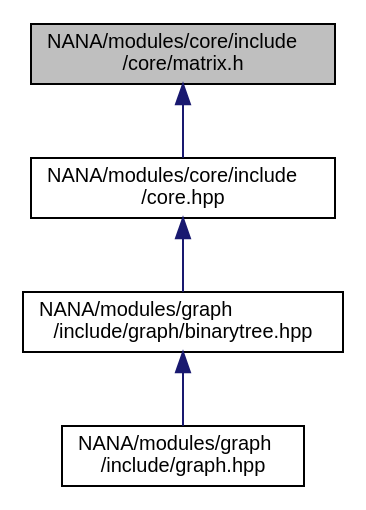
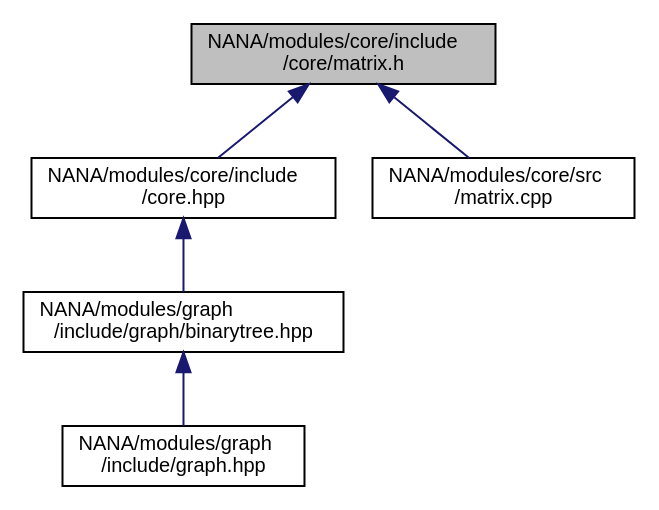
Before and after one commit to YuruTu/NANA: the diagram in docs/matrix_8h__dep__incl.dot, drawn with Graphviz. The commit also changed 130 other files, not shown here.

```diff
--- a/docs/matrix_8h__dep__incl.dot
+++ b/docs/matrix_8h__dep__incl.dot
@@ -1,13 +1,15 @@
 digraph "NANA/modules/core/include/core/matrix.h"
 {
  // LATEX_PDF_SIZE
   edge [fontname="Helvetica",fontsize="10",labelfontname="Helvetica",labelfontsize="10"];
   node [fontname="Helvetica",fontsize="10",shape=record];
   Node1 [label="NANA/modules/core/include\l/core/matrix.h",height=0.2,width=0.4,color="black", fillcolor="grey75", style="filled", fontcolor="black",tooltip="简单矩阵类(效率不高，但易于理解，很多时候会触发复制构造函数)，不同于Mat"];
   Node1 -> Node2 [dir="back",color="midnightblue",fontsize="10",style="solid",fontname="Helvetica"];
   Node2 [label="NANA/modules/core/include\l/core.hpp",height=0.2,width=0.4,color="black", fillcolor="white", style="filled",URL="$core_8hpp.html",tooltip="包含基本的数据结构等"];
   Node2 -> Node3 [dir="back",color="midnightblue",fontsize="10",style="solid",fontname="Helvetica"];
   Node3 [label="NANA/modules/graph\l/include/graph/binarytree.hpp",height=0.2,width=0.4,color="black", fillcolor="white", style="filled",URL="$binarytree_8hpp.html",tooltip="实现二叉树的模板"];
   Node3 -> Node4 [dir="back",color="midnightblue",fontsize="10",style="solid",fontname="Helvetica"];
   Node4 [label="NANA/modules/graph\l/include/graph.hpp",height=0.2,width=0.4,color="black", fillcolor="white", style="filled",URL="$graph_8hpp.html",tooltip="实现图论相关算法"];
+  Node1 -> Node5 [dir="back",color="midnightblue",fontsize="10",style="solid",fontname="Helvetica"];
+  Node5 [label="NANA/modules/core/src\l/matrix.cpp",height=0.2,width=0.4,color="black", fillcolor="white", style="filled",URL="$matrix_8cpp_source.html",tooltip=" "];
 }
```
